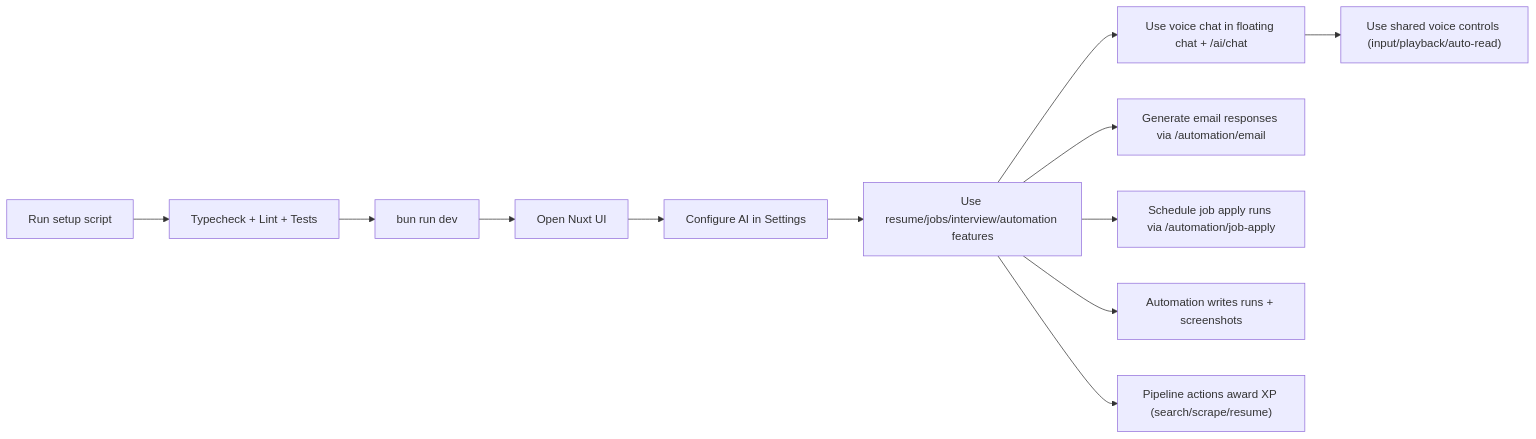
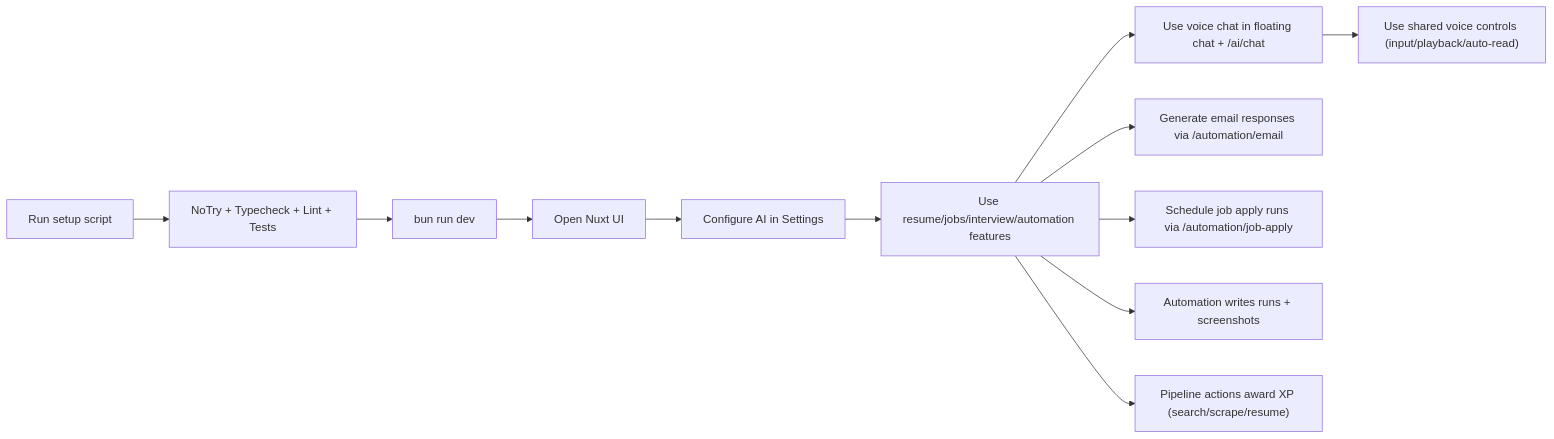
One commit to d4551/baobuildbuddy changed the diagram in docs/STARTER_GUIDE.md. Above: the diagram before and after it, drawn with Mermaid. The commit also changed other lines of this file and 13 other files, not shown here.

````diff
--- a/docs/STARTER_GUIDE.md
+++ b/docs/STARTER_GUIDE.md
@@ -88,14 +88,14 @@
 ```mermaid
 flowchart LR
-  Setup["Run setup script"] --> Verify["Typecheck + Lint + Tests"]
+  Setup["Run setup script"] --> Verify["NoTry + Typecheck + Lint + Tests"]
   Verify --> Start["bun run dev"]
   Start --> UI["Open Nuxt UI"]
   UI --> Settings["Configure AI in Settings"]
   Settings --> Features["Use resume/jobs/interview/automation features"]
   Features --> Voice["Use voice chat in floating chat + /ai/chat"]
   Voice --> VoiceSelect["Use shared voice controls (input/playback/auto-read)"]
   Features --> Email["Generate email responses via /automation/email"]
   Features --> Schedule["Schedule job apply runs via /automation/job-apply"]
   Features --> Automation["Automation writes runs + screenshots"]
   Features --> XP["Pipeline actions award XP (search/scrape/resume)"]
 ```
````
